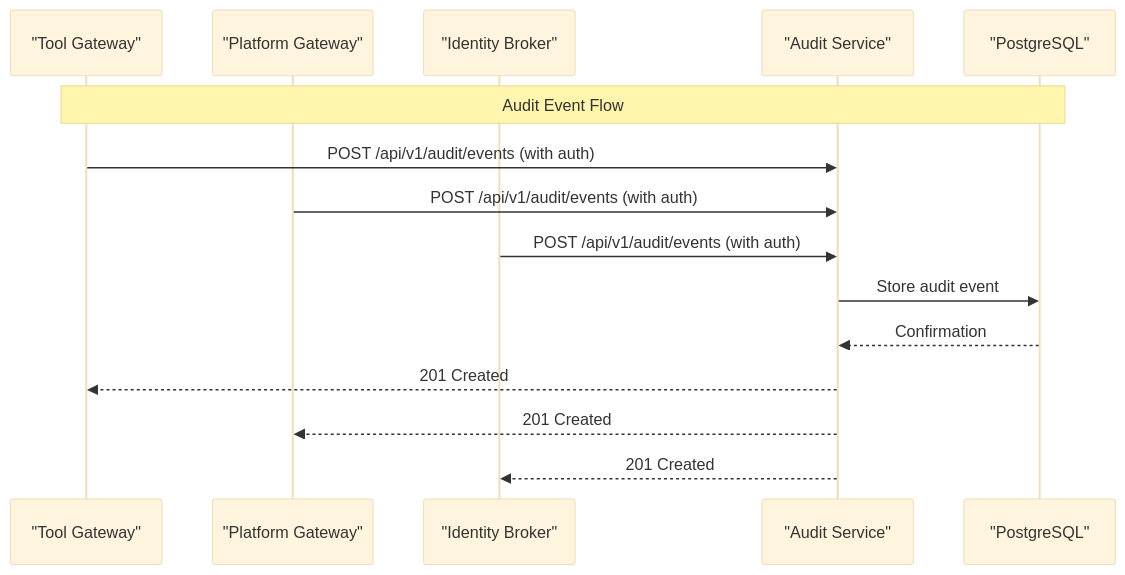
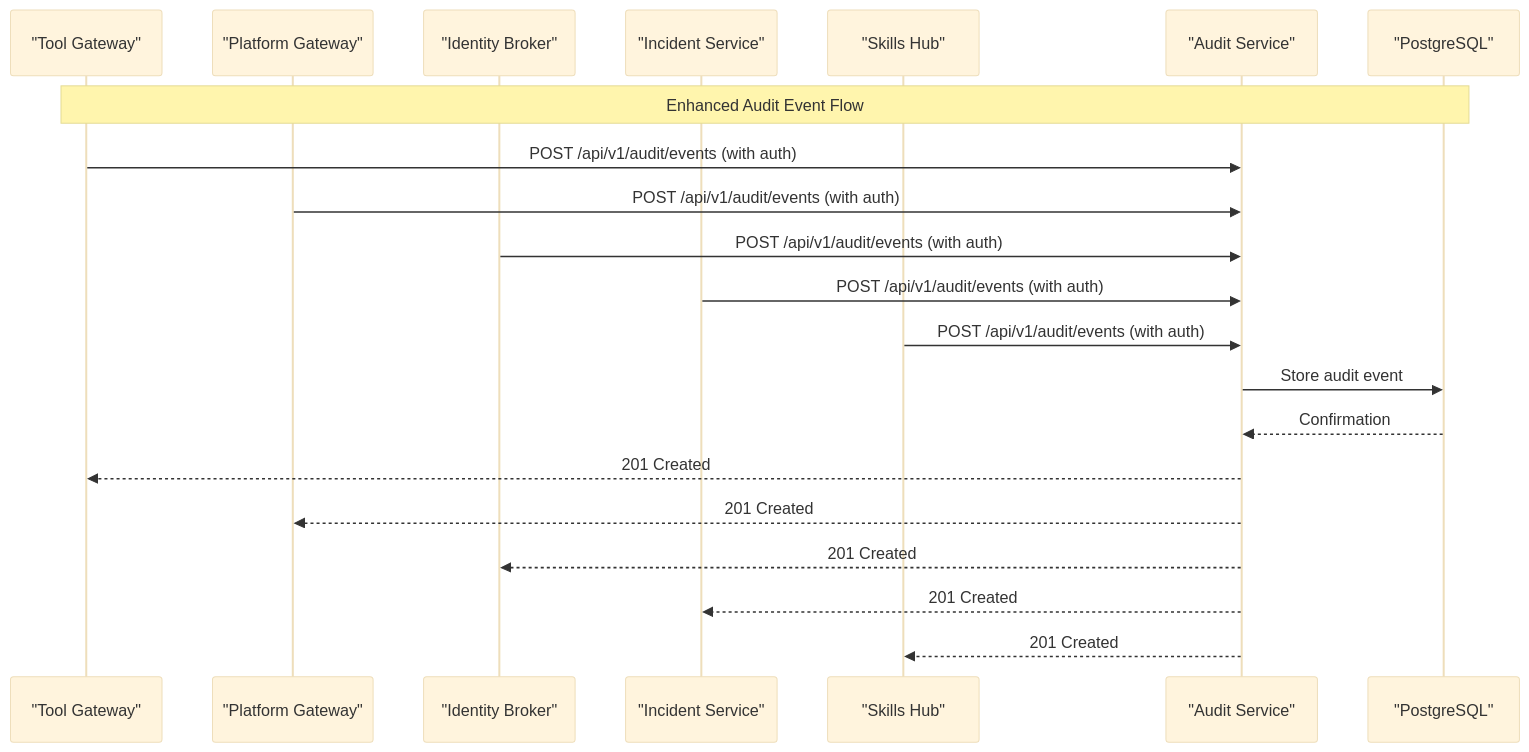
One commit to metasync/luban-aiops changed the seventh of 12 diagrams in .qoder/repowiki/en/content/Deployment and Operations/Deployment and Operations.md. Above: the diagram before and after it, drawn with Mermaid (base theme). The commit also changed other lines of this file and 8 other files, not shown here.

````diff
--- a/.qoder/repowiki/en/content/Deployment and Operations/Deployment and Operations.md
+++ b/.qoder/repowiki/en/content/Deployment and Operations/Deployment and Operations.md
@@ -555,17 +561,23 @@
 ```mermaid
 sequenceDiagram
 participant TG as "Tool Gateway"
 participant PG as "Platform Gateway"
 participant IB as "Identity Broker"
+participant IS as "Incident Service"
+participant SH as "Skills Hub"
 participant AS as "Audit Service"
 participant DB as "PostgreSQL"
-Note over TG,DB : Audit Event Flow
+Note over TG,DB : Enhanced Audit Event Flow
 TG->>AS : POST /api/v1/audit/events (with auth)
 PG->>AS : POST /api/v1/audit/events (with auth)
 IB->>AS : POST /api/v1/audit/events (with auth)
+IS->>AS : POST /api/v1/audit/events (with auth)
+SH->>AS : POST /api/v1/audit/events (with auth)
 AS->>DB : Store audit event
 DB-->>AS : Confirmation
 AS-->>TG : 201 Created
 AS-->>PG : 201 Created
 AS-->>IB : 201 Created
+AS-->>IS : 201 Created
+AS-->>SH : 201 Created
 ```
````
